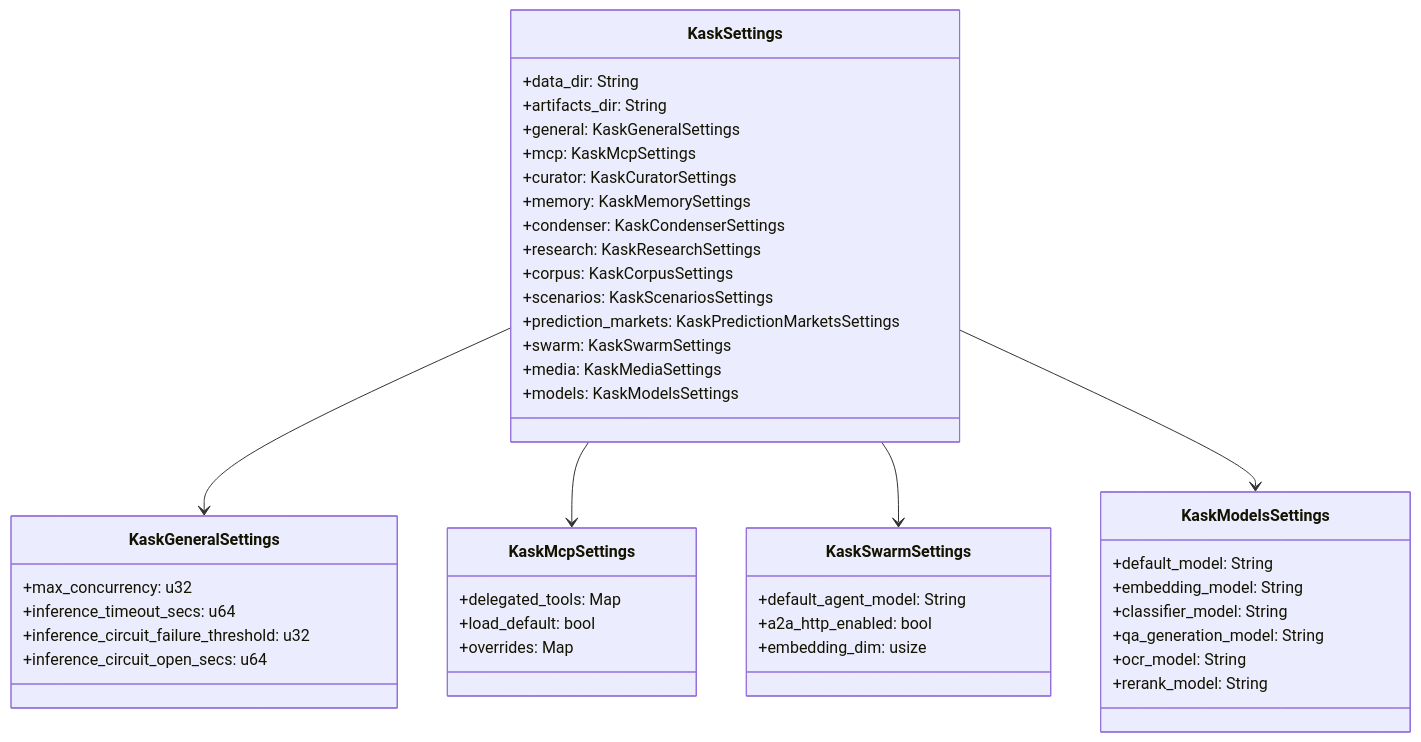
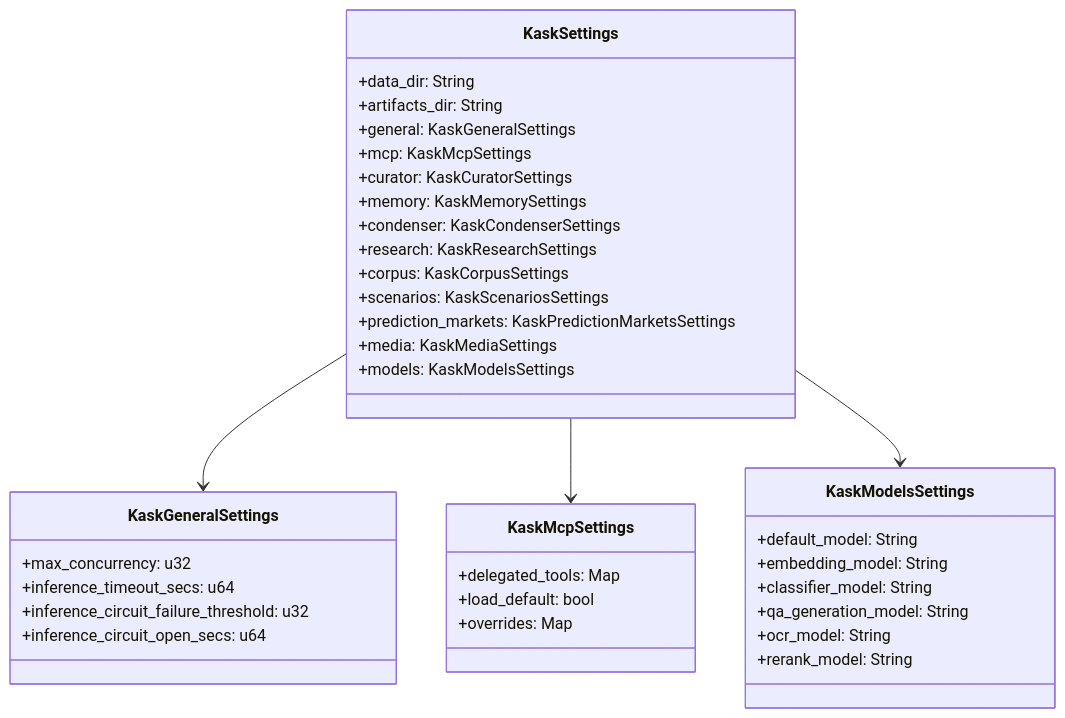
The first of 3 diagrams in kask/docs/diataxis/kask_bridge/reference.md (mdz-axo/zed-kask), drawn with Mermaid before and after one commit. The commit also changed other lines of this file and 25 other files, not shown here.

````diff
--- a/kask/docs/diataxis/kask_bridge/reference.md
+++ b/kask/docs/diataxis/kask_bridge/reference.md
@@ -46,47 +47,40 @@
 ```mermaid
 classDiagram
     class KaskSettings {
         +data_dir: String
         +artifacts_dir: String
         +general: KaskGeneralSettings
         +mcp: KaskMcpSettings
         +curator: KaskCuratorSettings
         +memory: KaskMemorySettings
         +condenser: KaskCondenserSettings
         +research: KaskResearchSettings
         +corpus: KaskCorpusSettings
         +scenarios: KaskScenariosSettings
         +prediction_markets: KaskPredictionMarketsSettings
-        +swarm: KaskSwarmSettings
         +media: KaskMediaSettings
         +models: KaskModelsSettings
     }
     class KaskGeneralSettings {
         +max_concurrency: u32
         +inference_timeout_secs: u64
         +inference_circuit_failure_threshold: u32
         +inference_circuit_open_secs: u64
     }
     class KaskMcpSettings {
         +delegated_tools: Map
         +load_default: bool
         +overrides: Map
     }
-    class KaskSwarmSettings {
-        +default_agent_model: String
-        +a2a_http_enabled: bool
-        +embedding_dim: usize
-    }
     class KaskModelsSettings {
         +default_model: String
         +embedding_model: String
         +classifier_model: String
         +qa_generation_model: String
         +ocr_model: String
         +rerank_model: String
     }
     KaskSettings --> KaskGeneralSettings
     KaskSettings --> KaskMcpSettings
-    KaskSettings --> KaskSwarmSettings
     KaskSettings --> KaskModelsSettings
 ```
````
